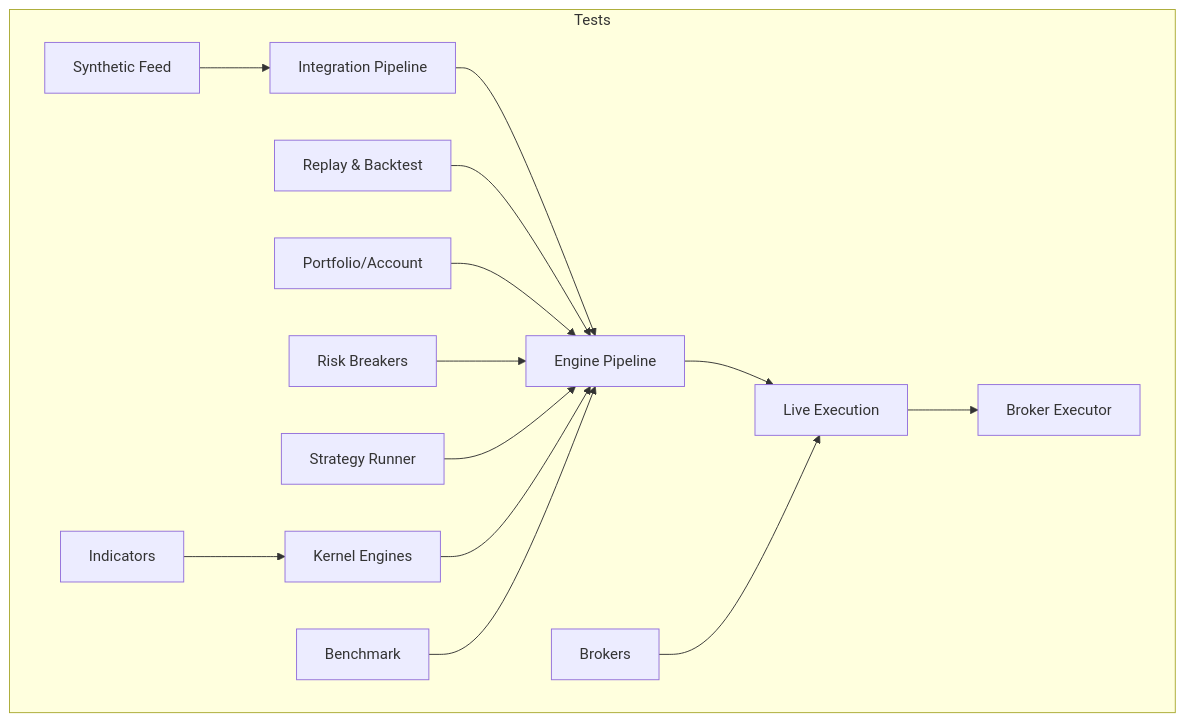
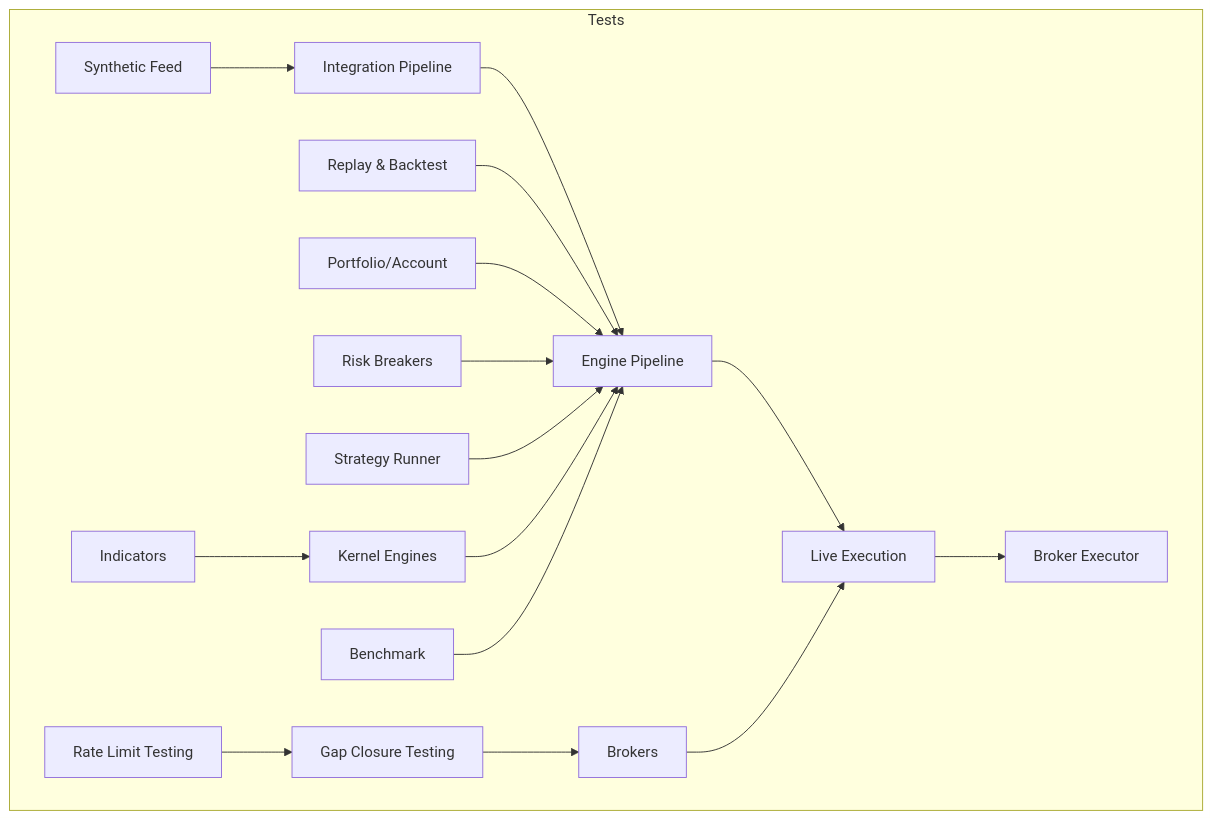
Before and after one commit to Ganesh-Kusundal/nTrade: the first of 15 diagrams in .qoder/repowiki/en/content/Examples & Tutorials/Testing & Integration Examples/Testing & Integration Examples.md, drawn with Mermaid. The commit also changed other lines of this file and 203 other files, not shown here.

````diff
--- a/.qoder/repowiki/en/content/Examples & Tutorials/Testing & Integration Examples/Testing & Integration Examples.md
+++ b/.qoder/repowiki/en/content/Examples & Tutorials/Testing & Integration Examples/Testing & Integration Examples.md
@@ -47,30 +58,34 @@
 ```mermaid
 graph TB
 subgraph "Tests"
 A["Integration Pipeline"]
 B["Replay & Backtest"]
 C["Engine Pipeline"]
 D["Live Execution"]
 E["Broker Executor"]
 F["Brokers"]
 G["Synthetic Feed"]
 H["Indicators"]
 I["Portfolio/Account"]
 J["Risk Breakers"]
 K["Strategy Runner"]
 L["Kernel Engines"]
 M["Benchmark"]
+N["Gap Closure Testing"]
+O["Rate Limit Testing"]
 end
 A --> C
 B --> C
 C --> D
 D --> E
 F --> D
 G --> A
 H --> L
 I --> C
 J --> C
 K --> C
 L --> C
 M --> C
+N --> F
+O --> N
 ```
````
